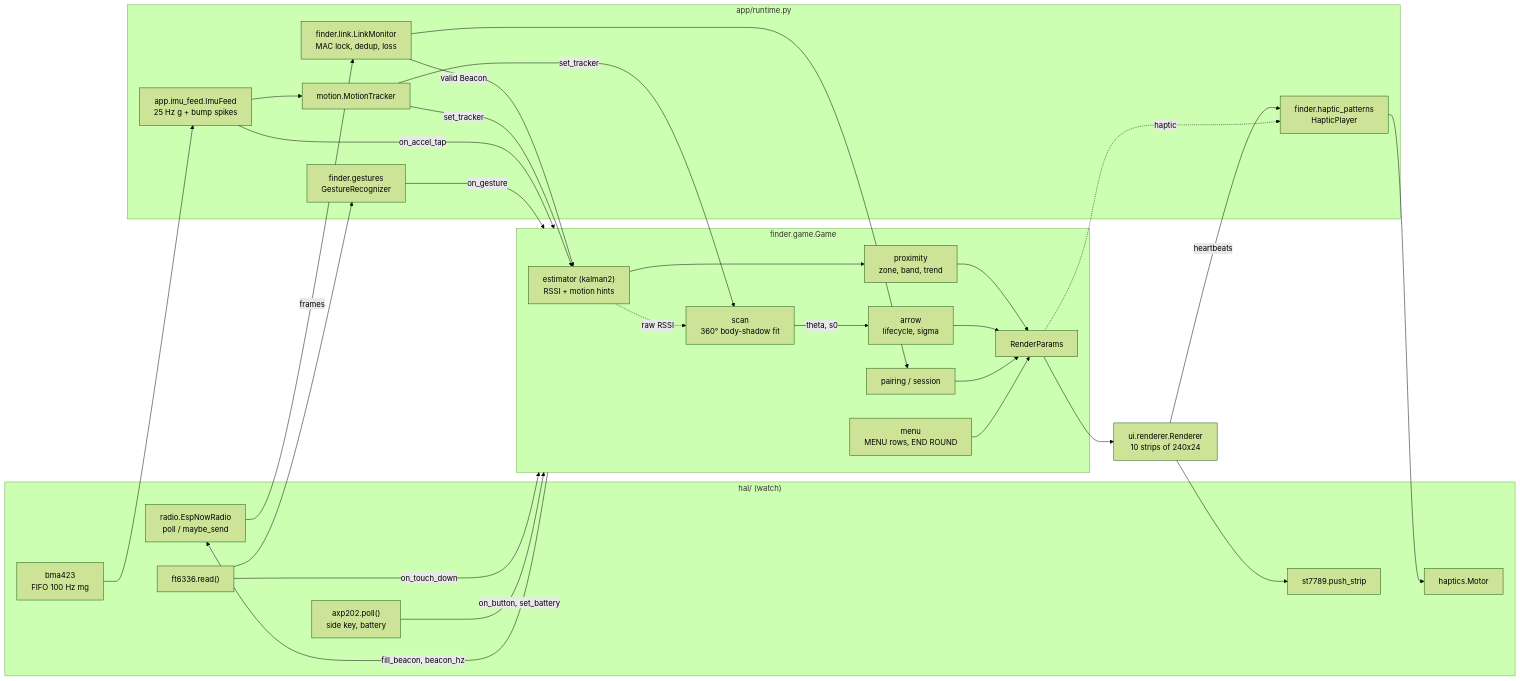
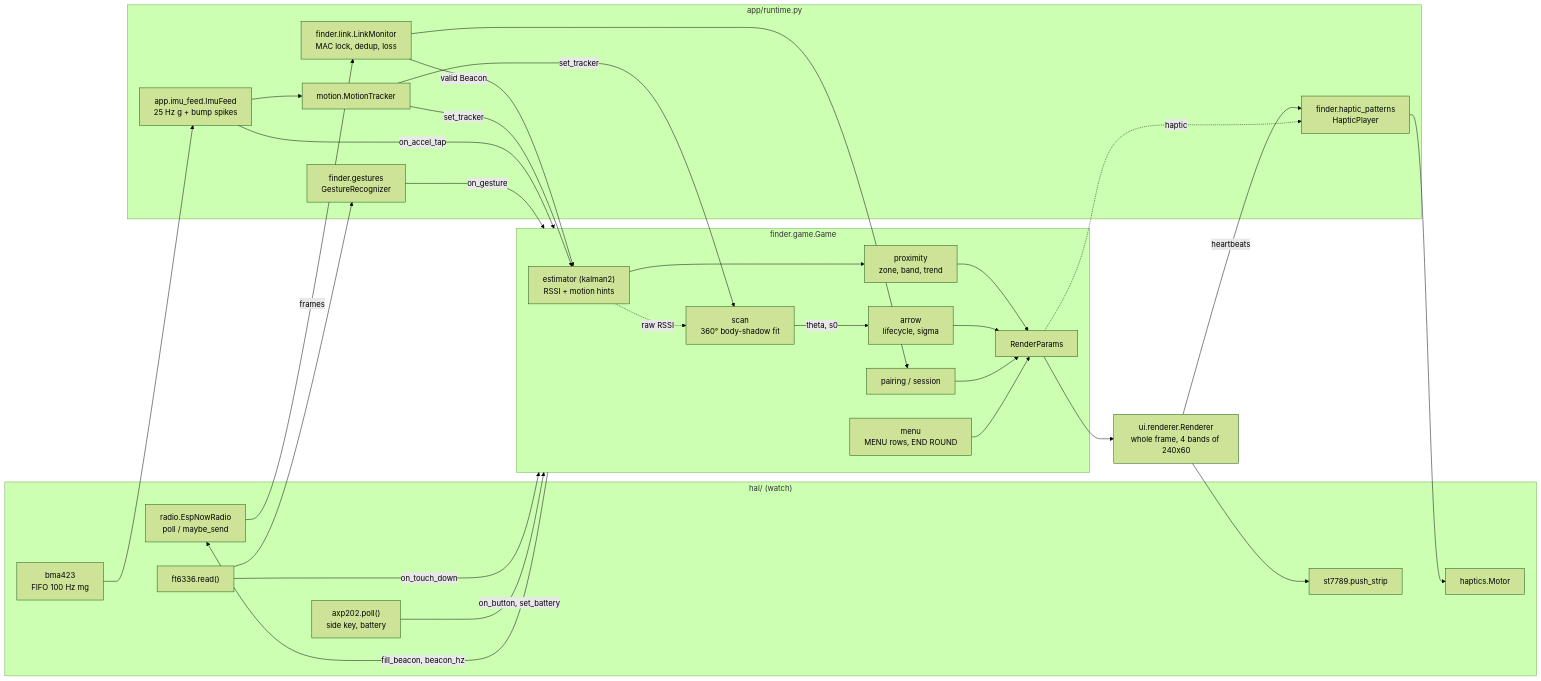
The diagram in docs/architecture.md (shogowarrior/watch-game), drawn with Mermaid (forest theme) before and after one commit. The commit also changed other lines of this file and 15 other files, not shown here.

First line of the commit message:
Draw the whole frame, then push it in four bands

````diff
--- a/docs/architecture.md
+++ b/docs/architecture.md
@@ -40,51 +40,51 @@
 ```mermaid
 flowchart LR
   subgraph HW["hal/ (watch)"]
     RADIO["radio.EspNowRadio<br/>poll / maybe_send"]
     IMU["bma423<br/>FIFO 100 Hz mg"]
     TOUCH["ft6336.read()"]
     PEK["axp202.poll()<br/>side key, battery"]
     DISP["st7789.push_strip"]
     MOTOR["haptics.Motor"]
   end
 
   subgraph APP["app/runtime.py"]
     LINK["finder.link.LinkMonitor<br/>MAC lock, dedup, loss"]
     FEED["app.imu_feed.ImuFeed<br/>25 Hz g + bump spikes"]
     MT["motion.MotionTracker"]
     GEST["finder.gestures<br/>GestureRecognizer"]
     PLAYER["finder.haptic_patterns<br/>HapticPlayer"]
   end
 
   subgraph GAME["finder.game.Game"]
     EST["estimator (kalman2)<br/>RSSI + motion hints"]
     PX["proximity<br/>zone, band, trend"]
     SCAN["scan<br/>360° body-shadow fit"]
     ARROW["arrow<br/>lifecycle, sigma"]
     PAIR["pairing / session"]
     MENU["menu<br/>MENU rows, END ROUND"]
     RP["RenderParams"]
   end
 
   RADIO -->|frames| LINK -->|valid Beacon| EST
   LINK --> PAIR
   EST --> PX
   EST -.raw RSSI.-> SCAN
   SCAN -->|theta, s0| ARROW
   IMU --> FEED --> MT
   FEED -->|on_accel_tap| GAME
   MT -->|set_tracker| EST
   MT -->|set_tracker| SCAN
   TOUCH -->|on_touch_down| GAME
   TOUCH --> GEST -->|on_gesture| GAME
   PEK -->|on_button, set_battery| GAME
   PX --> RP
   ARROW --> RP
   PAIR --> RP
   MENU --> RP
-  RP --> REND["ui.renderer.Renderer<br/>10 strips of 240x24"]
+  RP --> REND["ui.renderer.Renderer<br/>whole frame, 4 bands of 240x60"]
   REND --> DISP
   REND -->|heartbeats| PLAYER --> MOTOR
   RP -.->|haptic| PLAYER
   GAME -->|fill_beacon, beacon_hz| RADIO
 ```
````
